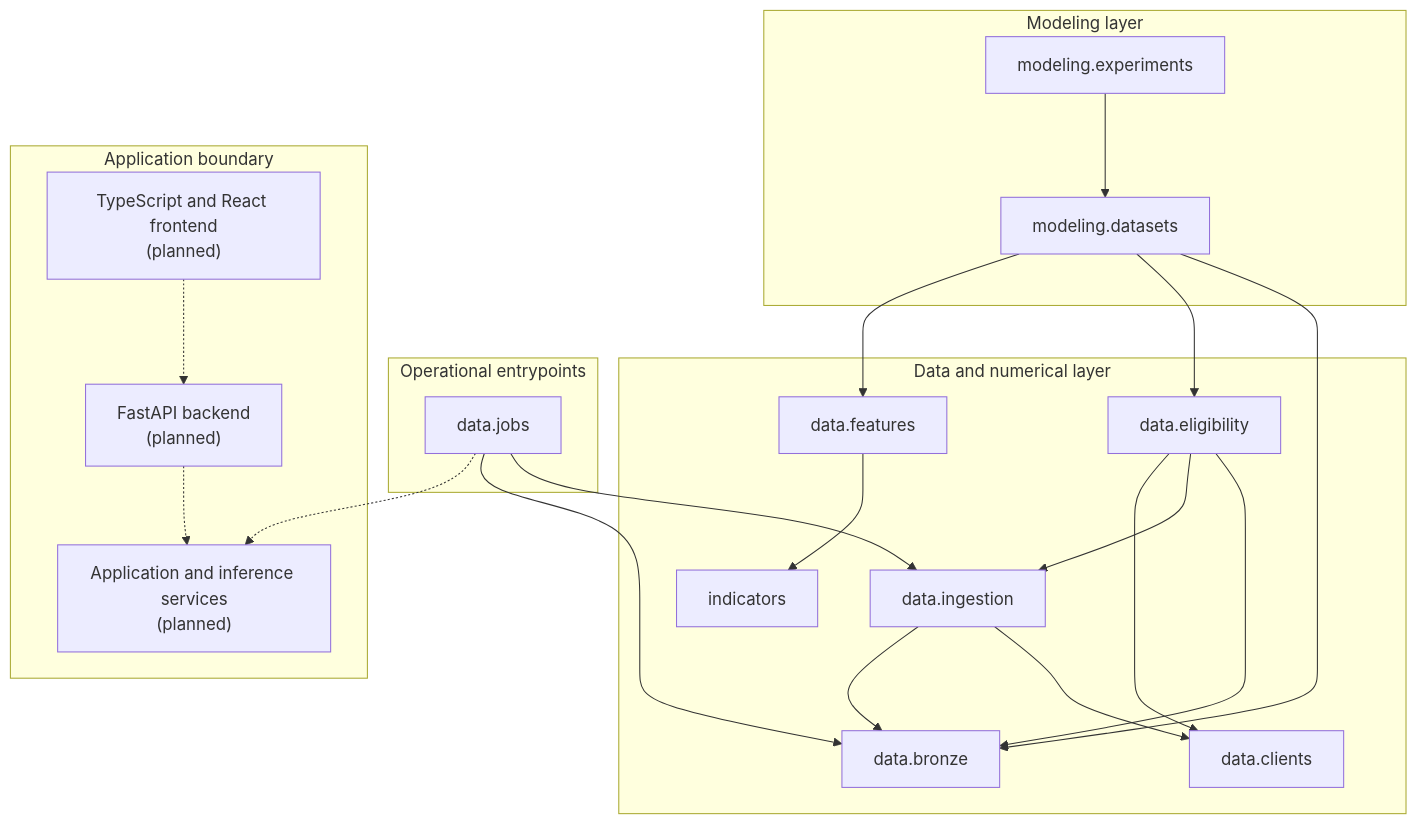
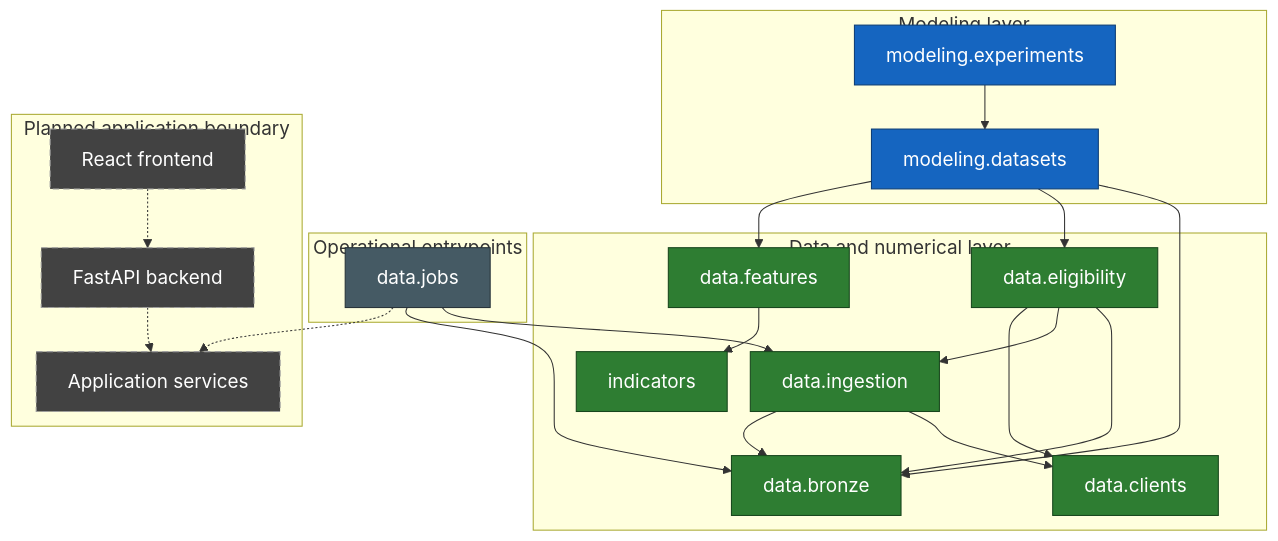
One commit to Frallmeister/swingtrader-app changed the third of 3 diagrams in docs/architecture/overview.md. Above: the diagram before and after it, drawn with Mermaid. The commit also changed other lines of this file and 7 other files, not shown here.

````diff
--- a/docs/architecture/overview.md
+++ b/docs/architecture/overview.md
@@ -69,42 +96,52 @@
 ```mermaid
+%%{init: {"themeVariables": {"fontSize": "18px"}, "flowchart": {"nodeSpacing": 22, "rankSpacing": 28}}}%%
 flowchart TB
     subgraph entrypoints["Operational entrypoints"]
         jobs["data.jobs"]
     end
 
     subgraph data["Data and numerical layer"]
         clients["data.clients"]
         ingestion["data.ingestion"]
         bronze["data.bronze"]
         eligibility["data.eligibility"]
         indicators["indicators"]
         features["data.features"]
     end
 
     subgraph modeling["Modeling layer"]
         datasets["modeling.datasets"]
         experiments["modeling.experiments"]
     end
 
-    subgraph application["Application boundary"]
-        services["Application and inference services<br/>(planned)"]
-        api["FastAPI backend<br/>(planned)"]
-        frontend["TypeScript and React frontend<br/>(planned)"]
+    subgraph application["Planned application boundary"]
+        services["Application services"]
+        api["FastAPI backend"]
+        frontend["React frontend"]
     end
 
     jobs --> ingestion
     jobs --> bronze
     jobs -.-> services
     ingestion --> clients
     ingestion --> bronze
     eligibility --> bronze
     eligibility --> ingestion
     eligibility --> clients
     features --> indicators
     datasets --> bronze
     datasets --> eligibility
     datasets --> features
     experiments --> datasets
     api -.-> services
     frontend -.-> api
+
+    classDef entry fill:#455a64,stroke:#263238,color:#ffffff
+    classDef dataNode fill:#2e7d32,stroke:#17451c,color:#ffffff
+    classDef modelNode fill:#1565c0,stroke:#0d3d75,color:#ffffff
+    classDef planned fill:#424242,stroke:#9e9e9e,color:#ffffff,stroke-dasharray:6 4
+    class jobs entry
+    class clients,ingestion,bronze,eligibility,indicators,features dataNode
+    class datasets,experiments modelNode
+    class services,api,frontend planned
 ```
````
